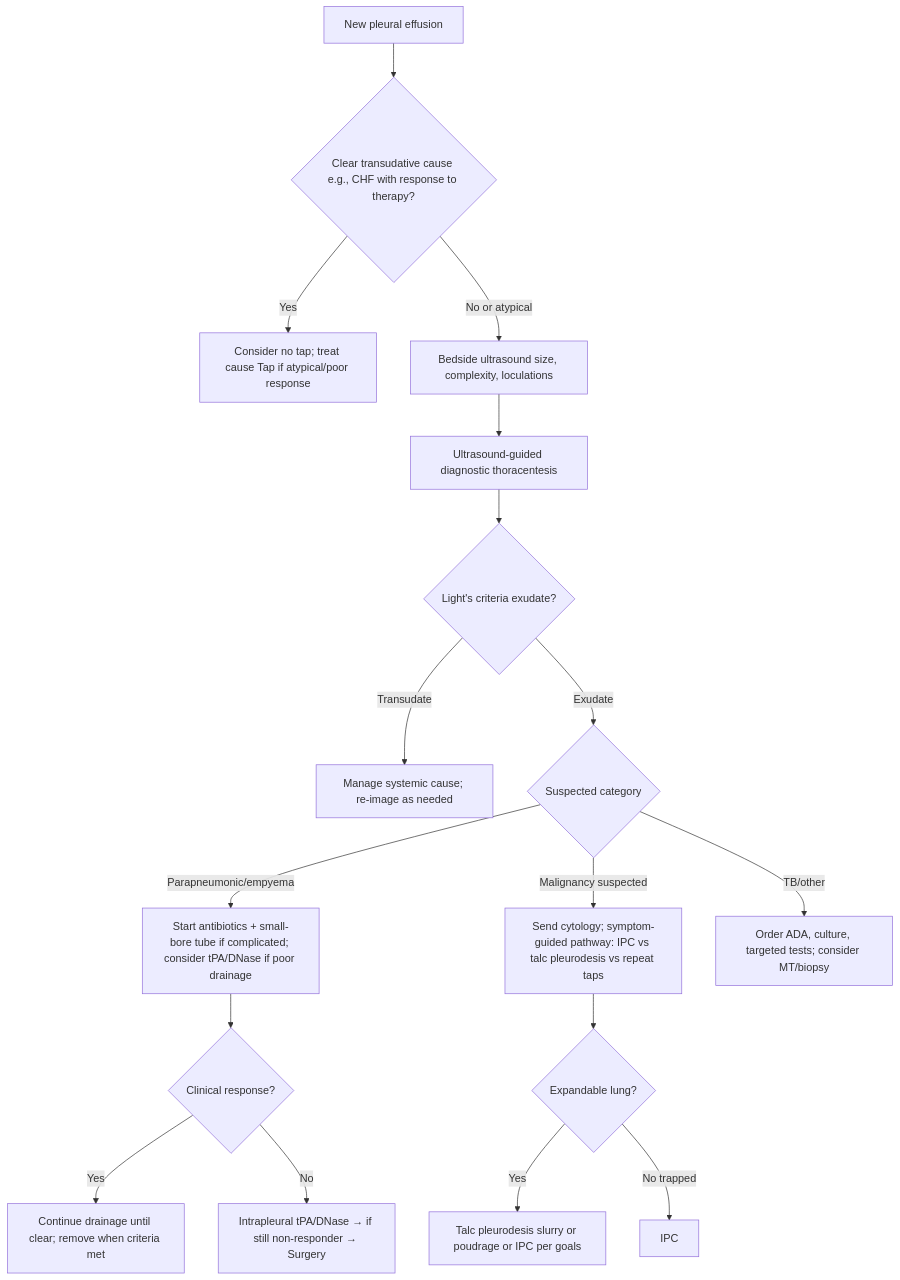
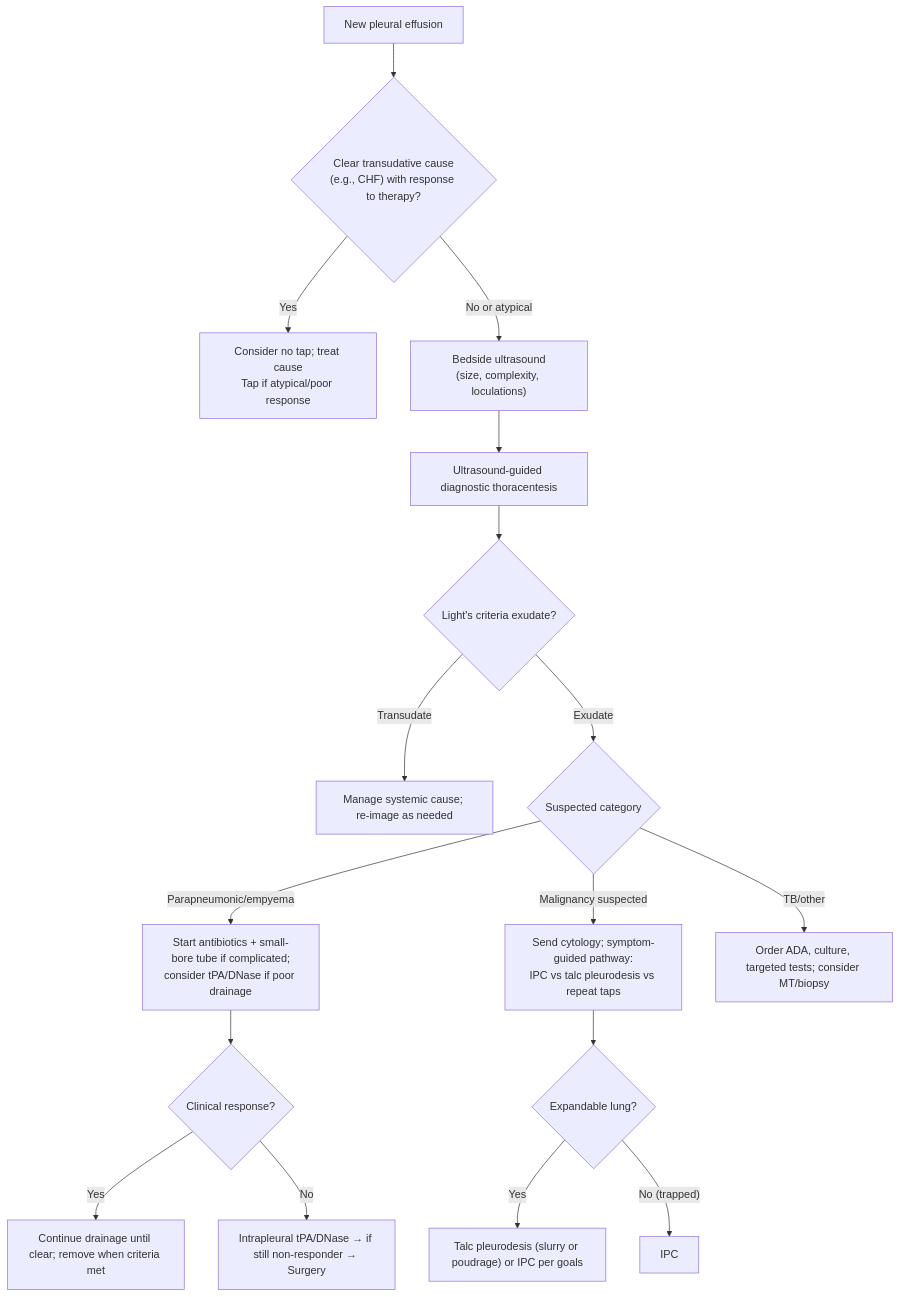
One commit to russellmiller49/Interventional-Pulm-Education-Project changed the first of 2 diagrams in content/modules/board/pleural-effusions-and-pleural-interventions.mdx. Above: the diagram before and after it, drawn with Mermaid. The commit also changed other lines of this file and 45 other files, not shown here.

````diff
--- a/content/modules/board/pleural-effusions-and-pleural-interventions.mdx
+++ b/content/modules/board/pleural-effusions-and-pleural-interventions.mdx
@@ -204,19 +142,24 @@
 ```mermaid
 flowchart TD
-A[New pleural effusion] --> B{Clear transudative cause e.g., CHF with response to therapy?}
-B -->|Yes| B1[Consider no tap; treat cause Tap if atypical/poor response]
-B -->|No or atypical| C[Bedside ultrasound size, complexity, loculations]
-C --> D[Ultrasound-guided diagnostic thoracentesis]
-D --> E{Light's criteria exudate?}
-E -->|Transudate| E1[Manage systemic cause; re-image as needed]
-E -->|Exudate| F{Suspected category}
-F -->|Parapneumonic/empyema| G[Start antibiotics + small-bore tube if complicated; consider tPA/DNase if poor drainage]
-F -->|Malignancy suspected| H[Send cytology; symptom-guided pathway: IPC vs talc pleurodesis vs repeat taps]
-F -->|TB/other| I[Order ADA, culture, targeted tests; consider MT/biopsy]
-G --> J{Clinical response?}
-J -->|Yes| K[Continue drainage until clear; remove when criteria met]
-J -->|No| L[Intrapleural tPA/DNase → if still non-responder → Surgery]
-H --> M{Expandable lung?}
-M -->|Yes| N[Talc pleurodesis slurry or poudrage or IPC per goals]
-M -->|No trapped| O[IPC]
+        A["New pleural effusion"] --> B{"Clear transudative cause
+(e.g., CHF) with response to therapy?"}
+        B -- Yes --> B1["Consider no tap; treat cause
+Tap if atypical/poor response"]
+        B -- "No or atypical" --> C["Bedside ultrasound
+(size, complexity, loculations)"]
+        C --> D["Ultrasound-guided diagnostic thoracentesis"]
+        D --> E{"Light's criteria exudate?"}
+        E -- Transudate --> E1["Manage systemic cause; re-image as needed"]
+        E -- Exudate --> F{"Suspected category"}
+        F -- "Parapneumonic/empyema" --> G["Start antibiotics + small-bore tube if complicated;
+consider tPA/DNase if poor drainage"]
+        F -- "Malignancy suspected" --> H["Send cytology; symptom-guided pathway:
+IPC vs talc pleurodesis vs repeat taps"]
+        F -- "TB/other" --> I["Order ADA, culture, targeted tests; consider MT/biopsy"]
+        G --> J{"Clinical response?"}
+        J -- Yes --> K["Continue drainage until clear; remove when criteria met"]
+        J -- No --> L["Intrapleural tPA/DNase → if still non-responder → Surgery"]
+        H --> M{"Expandable lung?"}
+        M -- Yes --> N["Talc pleurodesis (slurry or poudrage) or IPC per goals"]
+        M -- "No (trapped)" --> O["IPC"]
 ```
````
